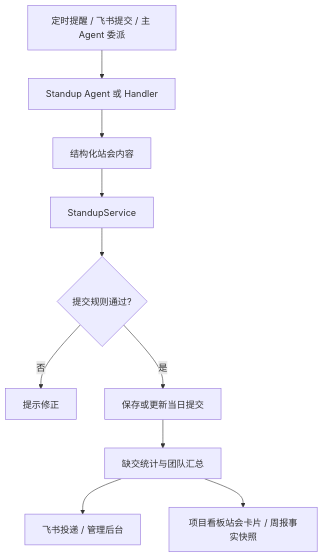
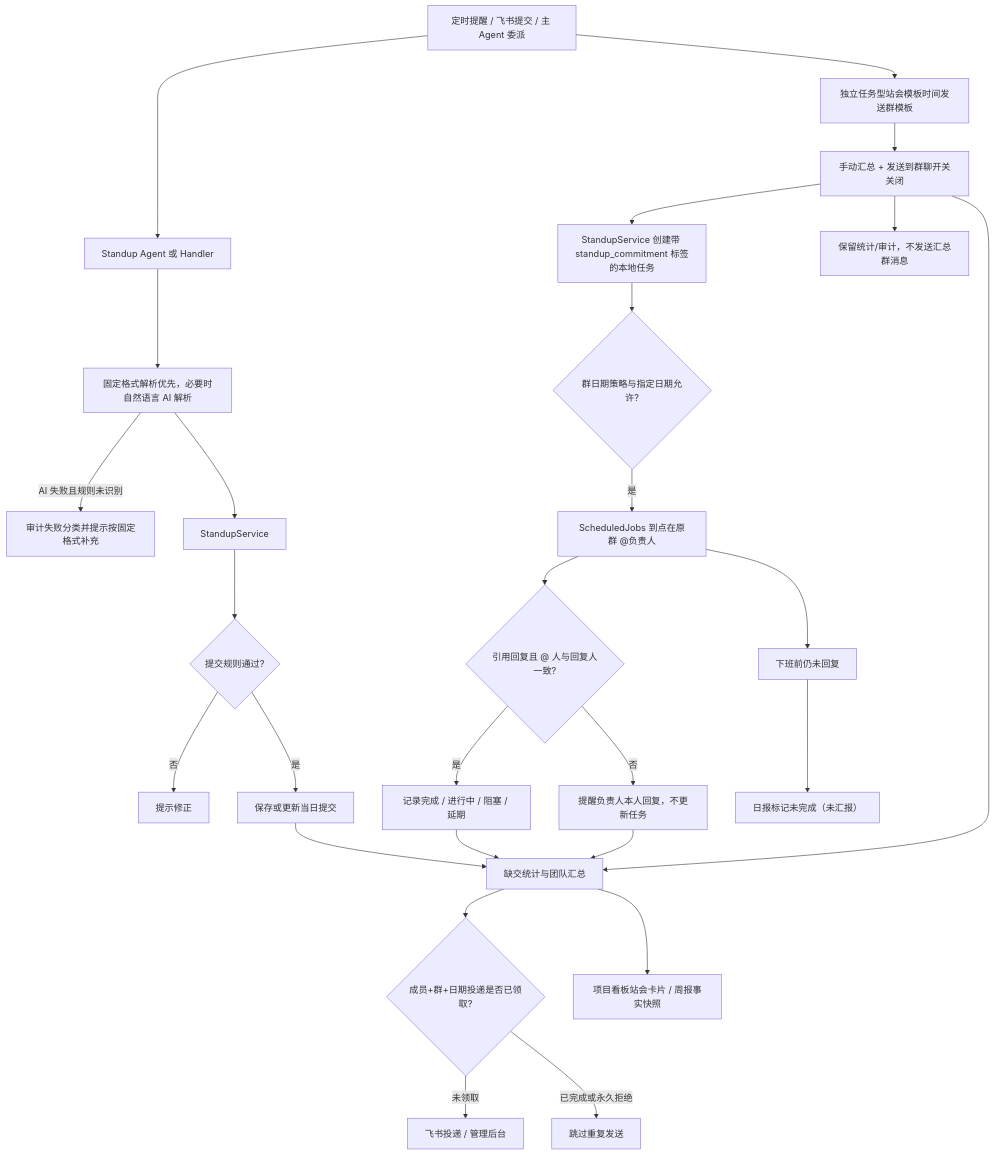
The diagram in backend/src/domains/standup/FEATURE.md (KlayPeter/AI-Delivery-Ops-Agent), drawn with Mermaid before and after one commit. The commit also changed other lines of this file and 80 other files, not shown here.

````diff
--- a/backend/src/domains/standup/FEATURE.md
+++ b/backend/src/domains/standup/FEATURE.md
@@ -22,12 +22,29 @@
 ```mermaid
 flowchart TD
     A["定时提醒 / 飞书提交 / 主 Agent 委派"] --> B["Standup Agent 或 Handler"]
-    B --> C["结构化站会内容"]
+    B --> C["固定格式解析优先，必要时自然语言 AI 解析"]
+    C -- "AI 失败且规则未识别" --> X["审计失败分类并提示按固定格式补充"]
     C --> D["StandupService"]
     D --> E{"提交规则通过?"}
     E -- 否 --> F["提示修正"]
     E -- 是 --> G["保存或更新当日提交"]
     G --> H["缺交统计与团队汇总"]
-    H --> I["飞书投递 / 管理后台"]
+    A --> M["独立任务型站会模板时间发送群模板"]
+    M --> M2["成员引用模板 @负责人登记事项和交付时间"]
+    M2 --> N["StandupService 创建带 standup_commitment 标签的本地任务"]
+    N --> HC{"群日期策略与指定日期允许?"}
+    HC -- "是" --> O["ScheduledJobs 到点在原群 @负责人"]
+    O --> P{"引用回复且 @ 人与回复人一致?"}
+    P -- "是" --> Q["记录完成 / 进行中 / 阻塞 / 延期"]
+    P -- "否" --> R["提醒负责人本人回复，不更新任务"]
+    O --> R2["下班前仍未回复"]
+    R2 --> R3["日报标记未完成（未汇报）"]
+    Q --> H
+    R --> H
+    H --> K{"成员+群+日期投递是否已领取?"}
+    K -- "未领取" --> I["飞书投递 / 管理后台"]
+    K -- "已完成或永久拒绝" --> L["跳过重复发送"]
+    M2["手动汇总 + 发送到群聊开关关闭"] --> H
+    M2 --> N2["保留统计/审计，不发送汇总群消息"]
     H --> J["项目看板站会卡片 / 周报事实快照"]
 ```
````
